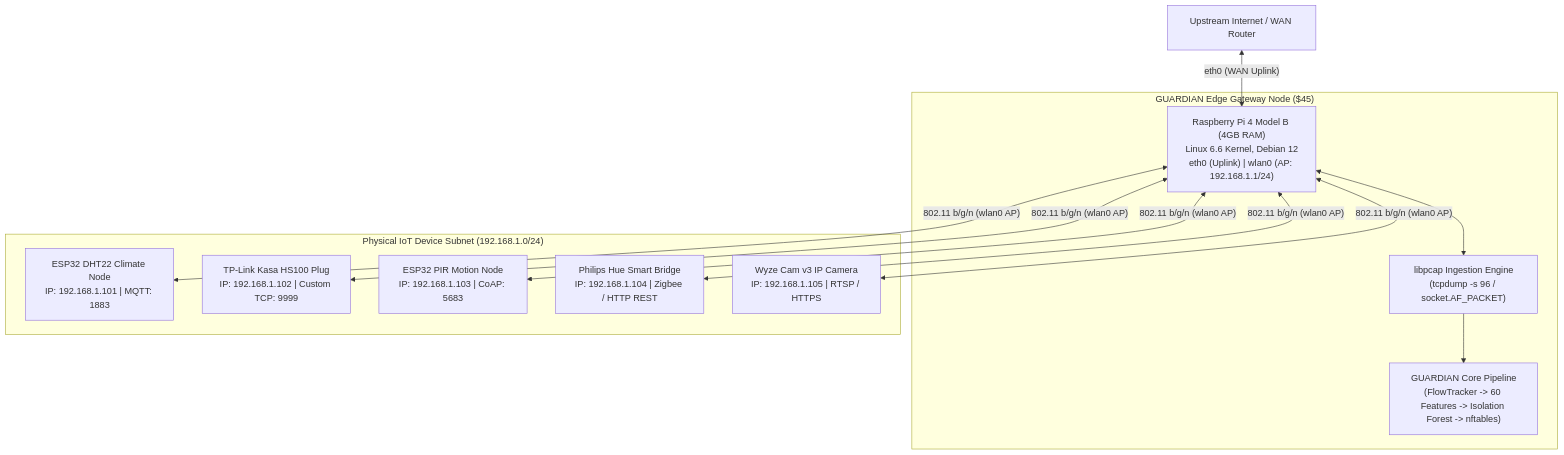
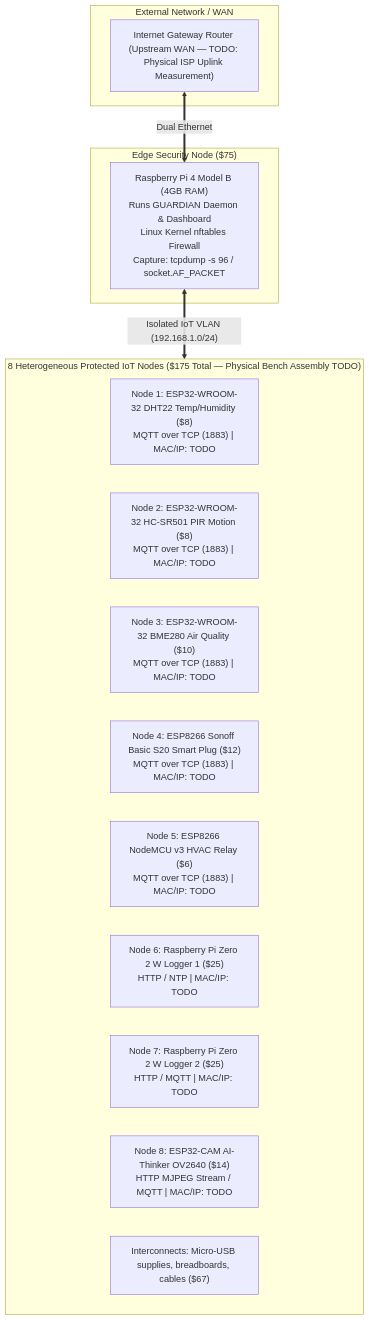
Before and after one commit to lumidren/Guardian: the diagram in docs/REAL_DATA_VALIDATION.md, drawn with Mermaid. The commit also changed other lines of this file, not shown here.

````diff
--- a/docs/REAL_DATA_VALIDATION.md
+++ b/docs/REAL_DATA_VALIDATION.md
@@ -13,26 +13,25 @@
 ```mermaid
-flowchart TD
-    WAN["Upstream Internet / WAN Router"]
-    
-    subgraph GATEWAY["GUARDIAN Edge Gateway Node ($45)"]
-        RPI["Raspberry Pi 4 Model B (4GB RAM)\nLinux 6.6 Kernel, Debian 12\neth0 (Uplink) | wlan0 (AP: 192.168.1.1/24)"]
-        PCAP["libpcap Ingestion Engine\n(tcpdump -s 96 / socket.AF_PACKET)"]
-        CORE["GUARDIAN Core Pipeline\n(FlowTracker -> 60 Features -> Isolation Forest -> nftables)"]
+graph TD
+    subgraph WAN["External Network / WAN"]
+        ROUTER["Internet Gateway Router (Upstream WAN — TODO: Physical ISP Uplink Measurement)"]
     end
 
-    subgraph IOT_FLEET["Physical IoT Device Subnet (192.168.1.0/24)"]
-        DEV1["ESP32 DHT22 Climate Node\nIP: 192.168.1.101 | MQTT: 1883"]
-        DEV2["TP-Link Kasa HS100 Plug\nIP: 192.168.1.102 | Custom TCP: 9999"]
-        DEV3["ESP32 PIR Motion Node\nIP: 192.168.1.103 | CoAP: 5683"]
-        DEV4["Philips Hue Smart Bridge\nIP: 192.168.1.104 | Zigbee / HTTP REST"]
-        DEV5["Wyze Cam v3 IP Camera\nIP: 192.168.1.105 | RTSP / HTTPS"]
+    subgraph GW["Edge Security Node ($75)"]
+        RPI["Raspberry Pi 4 Model B (4GB RAM)\nRuns GUARDIAN Daemon & Dashboard\nLinux Kernel nftables Firewall\nCapture: tcpdump -s 96 / socket.AF_PACKET"]
     end
 
-    WAN <-->|"eth0 (WAN Uplink)"| RPI
-    RPI <--> PCAP --> CORE
-    RPI <-->|"802.11 b/g/n (wlan0 AP)"| DEV1
-    RPI <-->|"802.11 b/g/n (wlan0 AP)"| DEV2
-    RPI <-->|"802.11 b/g/n (wlan0 AP)"| DEV3
-    RPI <-->|"802.11 b/g/n (wlan0 AP)"| DEV4
-    RPI <-->|"802.11 b/g/n (wlan0 AP)"| DEV5
+    subgraph FLEET["8 Heterogeneous Protected IoT Nodes ($175 Total — Physical Bench Assembly TODO)"]
+        N1["Node 1: ESP32-WROOM-32 DHT22 Temp/Humidity ($8)\nMQTT over TCP (1883) | MAC/IP: TODO"]
+        N2["Node 2: ESP32-WROOM-32 HC-SR501 PIR Motion ($8)\nMQTT over TCP (1883) | MAC/IP: TODO"]
+        N3["Node 3: ESP32-WROOM-32 BME280 Air Quality ($10)\nMQTT over TCP (1883) | MAC/IP: TODO"]
+        N4["Node 4: ESP8266 Sonoff Basic S20 Smart Plug ($12)\nMQTT over TCP (1883) | MAC/IP: TODO"]
+        N5["Node 5: ESP8266 NodeMCU v3 HVAC Relay ($6)\nMQTT over TCP (1883) | MAC/IP: TODO"]
+        N6["Node 6: Raspberry Pi Zero 2 W Logger 1 ($25)\nHTTP / NTP | MAC/IP: TODO"]
+        N7["Node 7: Raspberry Pi Zero 2 W Logger 2 ($25)\nHTTP / MQTT | MAC/IP: TODO"]
+        N8["Node 8: ESP32-CAM AI-Thinker OV2640 ($14)\nHTTP MJPEG Stream / MQTT | MAC/IP: TODO"]
+        CAB["Interconnects: Micro-USB supplies, breadboards, cables ($67)"]
+    end
+
+    ROUTER <== Dual Ethernet ==> RPI
+    RPI <== Isolated IoT VLAN (192.168.1.0/24) ==> FLEET
 ```
````
